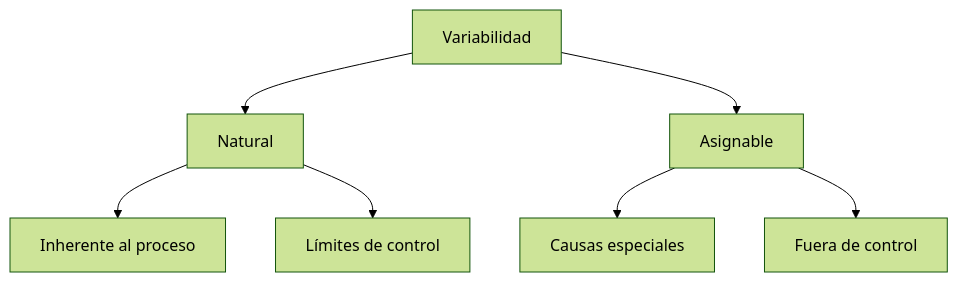
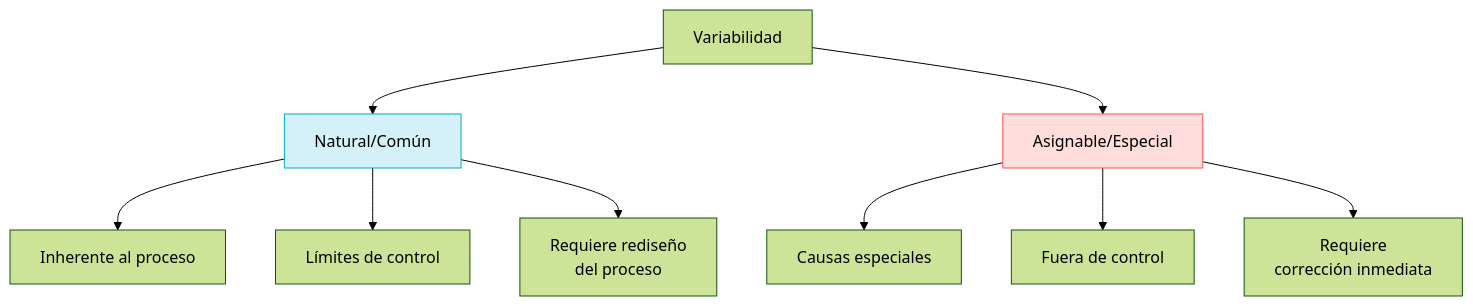
Before and after one commit to FCamaggi/gop-wiki: the first of 3 diagrams in public/content/clases/10-resumen-variabilidad-2025.05.08.md, drawn with Mermaid (forest theme). The commit also changed other lines of this file and 36 other files, not shown here.

````diff
--- a/public/content/clases/10-resumen-variabilidad-2025.05.08.md
+++ b/public/content/clases/10-resumen-variabilidad-2025.05.08.md
@@ -22,9 +30,13 @@
 ```mermaid
 graph TD
-    A[Variabilidad] --> B[Natural]
-    A --> C[Asignable]
+    A[Variabilidad] --> B[Natural/Común]
+    A --> C[Asignable/Especial]
     B --> D[Inherente al proceso]
     B --> E[Límites de control]
+    B --> B1[Requiere rediseño<br>del proceso]
     C --> F[Causas especiales]
     C --> G[Fuera de control]
+    C --> C1[Requiere<br>corrección inmediata]
+    style B fill:#d4f1f9,stroke:#05a5d1
+    style C fill:#ffdddd,stroke:#ff5555
 ```
````
